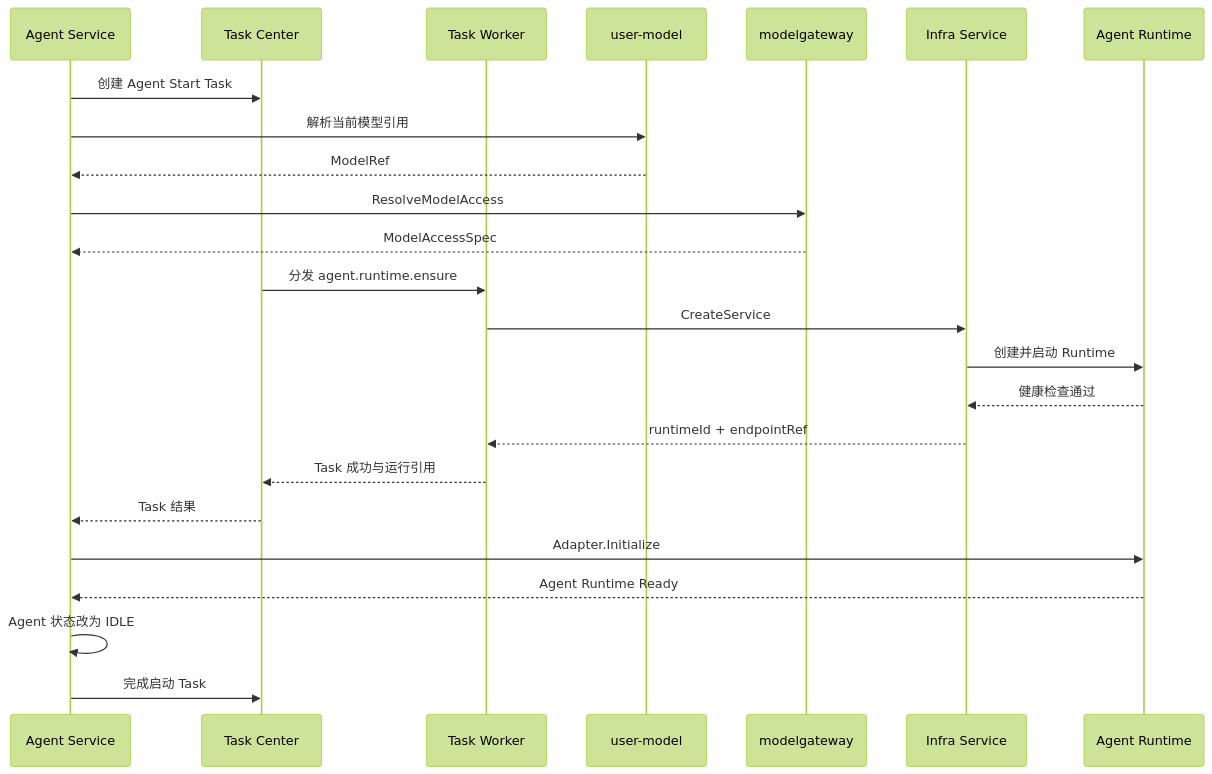
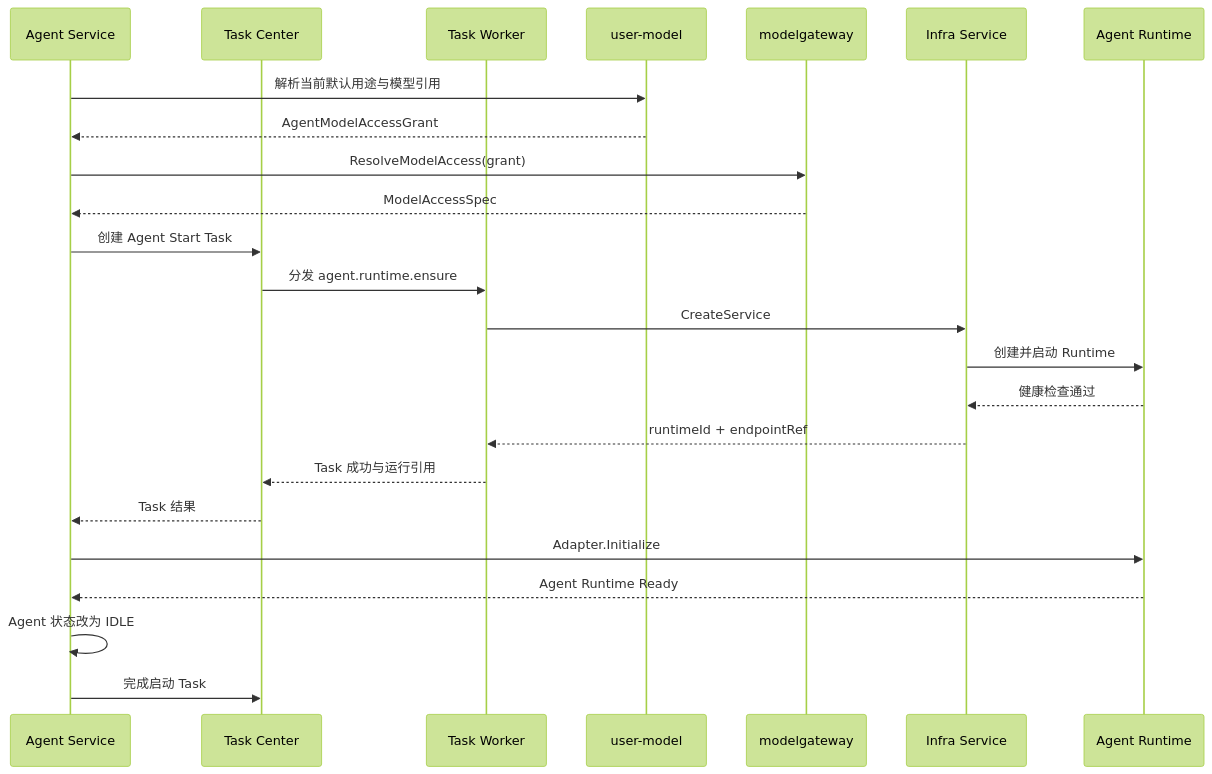
The sixth of 9 diagrams in 00_product/domains/agent/product-spec.md (wangweihong/omnimam-spec), drawn with Mermaid (forest theme) before and after one commit. The commit also changed other lines of this file and 31 other files, not shown here.

Commit message:
spec: close AppStudio coding agent invocation flow

````diff
--- a/00_product/domains/agent/product-spec.md
+++ b/00_product/domains/agent/product-spec.md
@@ -1281,31 +1301,30 @@
 ```mermaid
 sequenceDiagram
     participant AS as Agent Service
     participant TC as Task Center
     participant TW as Task Worker
     participant MM as user-model
     participant MG as modelgateway
     participant IS as Infra Service
     participant AR as Agent Runtime
 
+    AS->>MM: 解析当前默认用途与模型引用
+    MM-->>AS: AgentModelAccessGrant
+    AS->>MG: ResolveModelAccess(grant)
+    MG-->>AS: ModelAccessSpec
     AS->>TC: 创建 Agent Start Task
-    AS->>MM: 解析当前模型引用
-    MM-->>AS: ModelRef
-
-    AS->>MG: ResolveModelAccess
-    MG-->>AS: ModelAccessSpec
 
     TC->>TW: 分发 agent.runtime.ensure
     TW->>IS: CreateService
     IS->>AR: 创建并启动 Runtime
     AR-->>IS: 健康检查通过
     IS-->>TW: runtimeId + endpointRef
     TW-->>TC: Task 成功与运行引用
     TC-->>AS: Task 结果
 
     AS->>AR: Adapter.Initialize
     AR-->>AS: Agent Runtime Ready
 
     AS->>AS: Agent 状态改为 IDLE
     AS->>TC: 完成启动 Task
 ```
````
